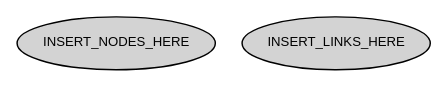
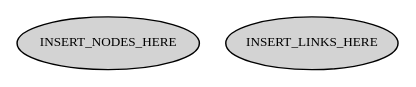
The diagram in Diagrams/DiagramTemplate.gv (grae22/Roadmap), drawn with Graphviz before and after one commit. The commit also changed 5 other files, not shown here.

```diff
--- a/Diagrams/DiagramTemplate.gv
+++ b/Diagrams/DiagramTemplate.gv
@@ -1,9 +1,9 @@
 digraph DependencyDiagramTemplate
 {
-  ranksep=0.75;
+  ranksep=0.5;
 
-  node [style="filled" fontname="arial" fontsize="9.0"];
+  node [style="filled" fontname="verdana" fontsize="9.0"];
 
 <INSERT_NODES_HERE>
 <INSERT_LINKS_HERE>
 }
```
